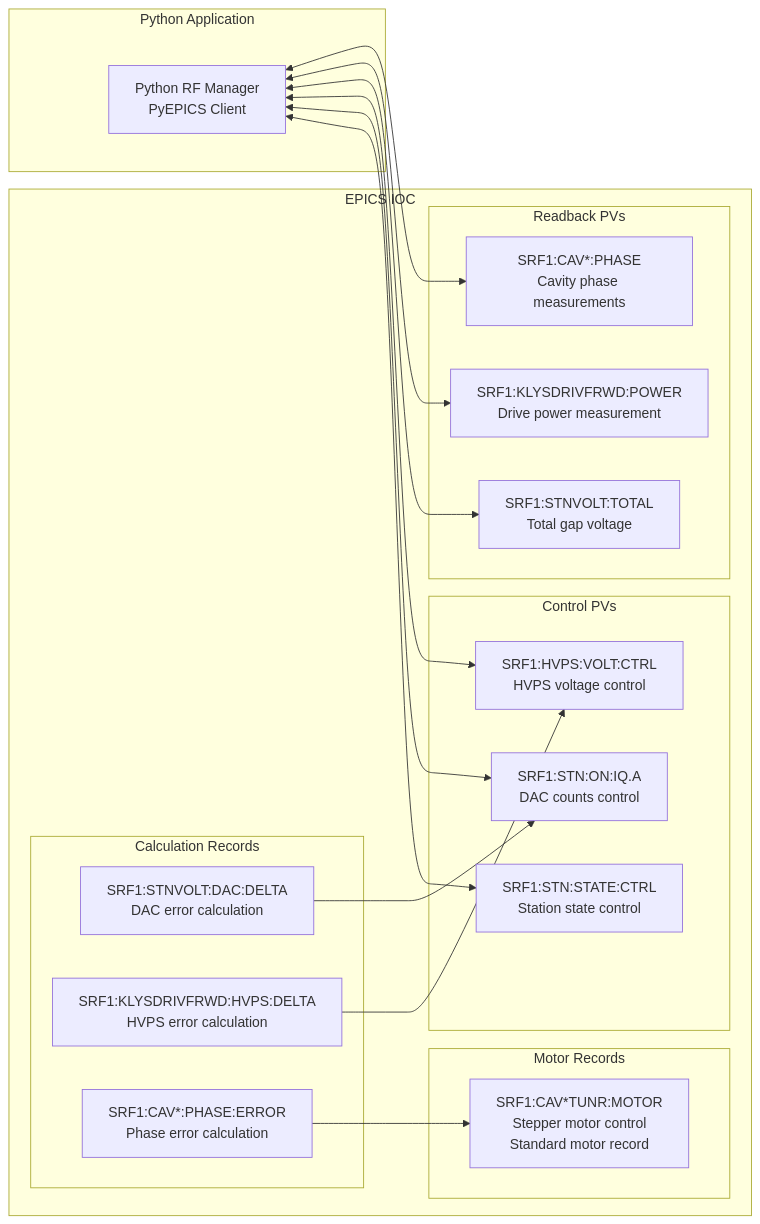
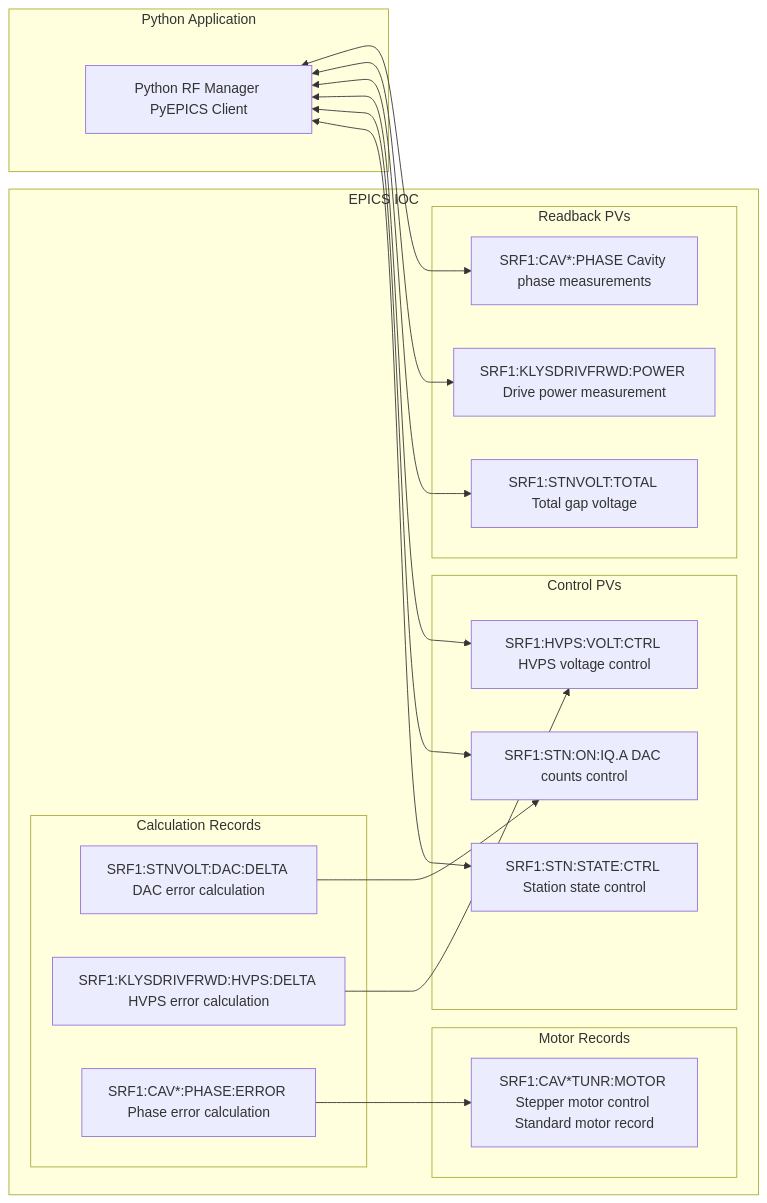
Diagram 17 of 18 in SPEAR3_LLRF_COMPREHENSIVE_ANALYSIS.md (fayaw/spearlegacyLLRF), drawn with Mermaid before and after one commit. The commit also changed other lines of this file, not shown here.

First line of the commit message:
Fix Mermaid diagram syntax errors

````diff
--- a/SPEAR3_LLRF_COMPREHENSIVE_ANALYSIS.md
+++ b/SPEAR3_LLRF_COMPREHENSIVE_ANALYSIS.md
@@ -967,41 +967,41 @@
 ```mermaid
 graph LR
-    subgraph "Python Application"
-        PyApp[Python RF Manager<br/>PyEPICS Client]
-    end
-    
-    subgraph "EPICS IOC"
-        subgraph "Control PVs"
-            State_Ctrl[SRF1:STN:STATE:CTRL<br/>Station state control]
-            DAC_Ctrl[SRF1:STN:ON:IQ.A<br/>DAC counts control]
-            HVPS_Ctrl[SRF1:HVPS:VOLT:CTRL<br/>HVPS voltage control]
-        end
-        
-        subgraph "Readback PVs"
-            Gap_Voltage[SRF1:STNVOLT:TOTAL<br/>Total gap voltage]
-            Drive_Power[SRF1:KLYSDRIVFRWD:POWER<br/>Drive power measurement]
-            Cavity_Phase[SRF1:CAV*:PHASE<br/>Cavity phase measurements]
-        end
-        
-        subgraph "Calculation Records"
-            DAC_Delta[SRF1:STNVOLT:DAC:DELTA<br/>DAC error calculation]
-            HVPS_Delta[SRF1:KLYSDRIVFRWD:HVPS:DELTA<br/>HVPS error calculation]
-            Phase_Error[SRF1:CAV*:PHASE:ERROR<br/>Phase error calculation]
-        end
-        
-        subgraph "Motor Records"
-            Tuner_Motors[SRF1:CAV*TUNR:MOTOR<br/>Stepper motor control<br/>Standard motor record]
-        end
-    end
-    
-    PyApp <--> State_Ctrl
-    PyApp <--> DAC_Ctrl
-    PyApp <--> HVPS_Ctrl
-    PyApp <--> Gap_Voltage
-    PyApp <--> Drive_Power
-    PyApp <--> Cavity_Phase
-    
-    DAC_Delta --> DAC_Ctrl
-    HVPS_Delta --> HVPS_Ctrl
-    Phase_Error --> Tuner_Motors
+ subgraph "Python Application"
+ PyApp[Python RF Manager PyEPICS Client]
+ end
+ 
+ subgraph "EPICS IOC"
+ subgraph "Control PVs"
+ State_Ctrl[SRF1:STN:STATE:CTRL Station state control]
+ DAC_Ctrl[SRF1:STN:ON:IQ.A DAC counts control]
+ HVPS_Ctrl[SRF1:HVPS:VOLT:CTRL HVPS voltage control]
+ end
+ 
+ subgraph "Readback PVs"
+ Gap_Voltage[SRF1:STNVOLT:TOTAL Total gap voltage]
+ Drive_Power[SRF1:KLYSDRIVFRWD:POWER Drive power measurement]
+ Cavity_Phase[SRF1:CAV*:PHASE Cavity phase measurements]
+ end
+ 
+ subgraph "Calculation Records"
+ DAC_Delta[SRF1:STNVOLT:DAC:DELTA DAC error calculation]
+ HVPS_Delta[SRF1:KLYSDRIVFRWD:HVPS:DELTA HVPS error calculation]
+ Phase_Error[SRF1:CAV*:PHASE:ERROR Phase error calculation]
+ end
+ 
+ subgraph "Motor Records"
+ Tuner_Motors[SRF1:CAV*TUNR:MOTOR Stepper motor control Standard motor record]
+ end
+ end
+ 
+ PyApp <--> State_Ctrl
+ PyApp <--> DAC_Ctrl
+ PyApp <--> HVPS_Ctrl
+ PyApp <--> Gap_Voltage
+ PyApp <--> Drive_Power
+ PyApp <--> Cavity_Phase
+ 
+ DAC_Delta --> DAC_Ctrl
+ HVPS_Delta --> HVPS_Ctrl
+ Phase_Error --> Tuner_Motors
 ```
````
